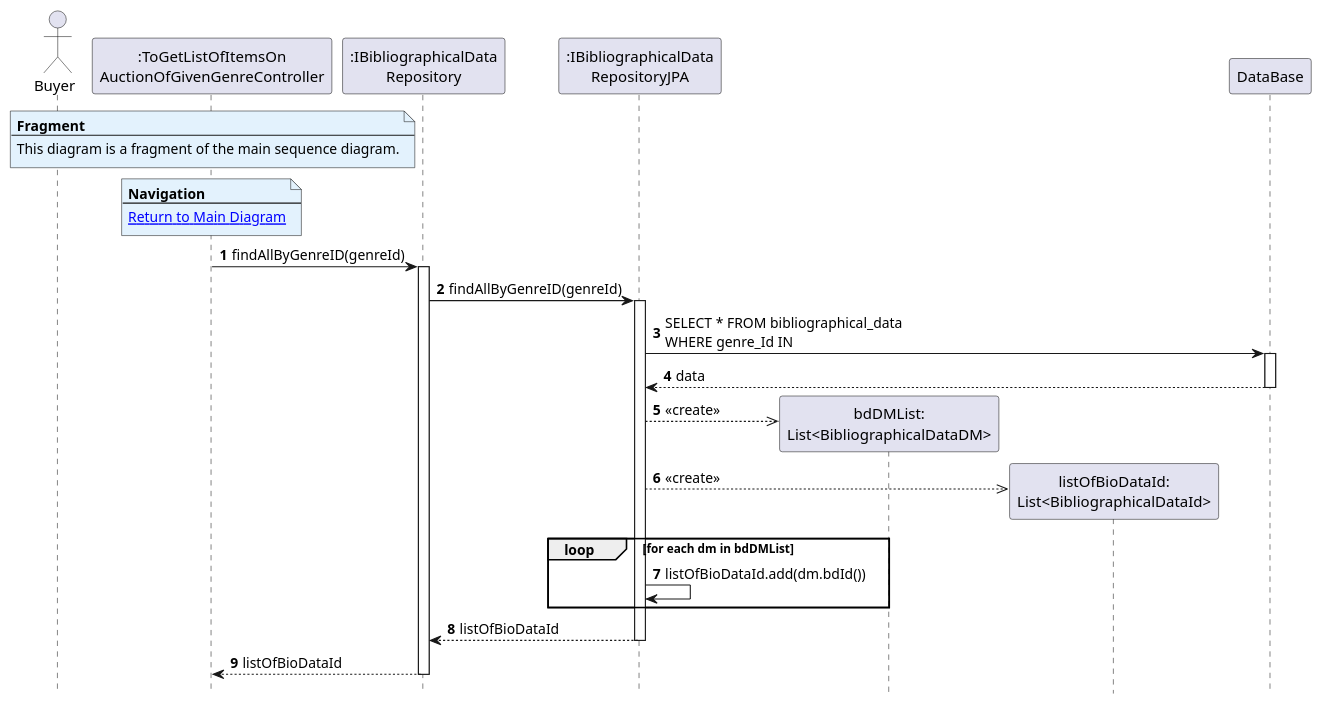
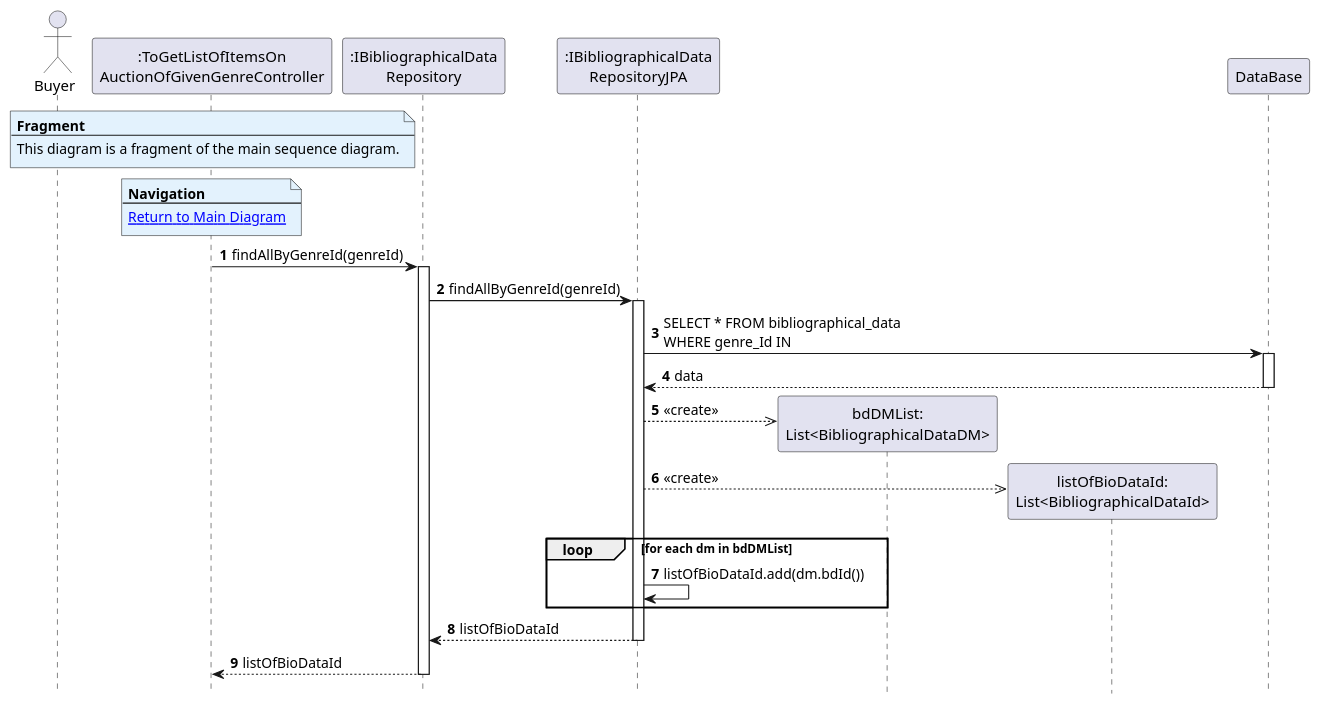
One commit to AndrePereiraGitH/SWitCH-Project-Team_A changed the diagram in Diagrams/SequenceDiagrams/N2/To-get-list-of-items-on-auction-of-a-given-genre/3.findBdByGenreID.puml. Above: the diagram before and after it, drawn with PlantUML. The commit also changed 6 other files, not shown here.

```diff
--- a/Diagrams/SequenceDiagrams/N2/To-get-list-of-items-on-auction-of-a-given-genre/3.findBdByGenreID.puml
+++ b/Diagrams/SequenceDiagrams/N2/To-get-list-of-items-on-auction-of-a-given-genre/3.findBdByGenreID.puml
@@ -1,45 +1,45 @@
 @startuml
 autonumber
 hide footbox
 
 actor Buyer as User
 
 participant ":ToGetListOfItemsOn\nAuctionOfGivenGenreController" as Controller
 participant ":IBibliographicalData\nRepository" as BDRepo
 participant ":IBibliographicalData\nRepositoryJPA" as BDJPA
 participant "bdDMList:\nList<BibliographicalDataDM>"
 participant "listOfBioDataId:\nList<BibliographicalDataId>"
 participant "DataBase" as DB
 
 note over Controller #E3F2FD
 <b>Fragment</b>
 ---
 This diagram is a fragment of the main sequence diagram.
 end note
 
 note over Controller #E3F2FD
 <b>Navigation</b>
 ---
 [[1.MainDiagram.puml Return to Main Diagram]]
 end note
 
 
-Controller -> BDRepo : findAllByGenreID(genreId)
+Controller -> BDRepo : findAllByGenreId(genreId)
 activate BDRepo
-BDRepo -> BDJPA : findAllByGenreID(genreId)
+BDRepo -> BDJPA : findAllByGenreId(genreId)
 activate BDJPA
 BDJPA -> DB : SELECT * FROM bibliographical_data\nWHERE genre_Id IN
 activate DB
 DB --> BDJPA : data
 deactivate DB
 BDJPA -->> "bdDMList:\nList<BibliographicalDataDM>" ** : <<create>>
 BDJPA -->> "listOfBioDataId:\nList<BibliographicalDataId>" ** : <<create>>
 loop for each dm in bdDMList
 BDJPA -> BDJPA : listOfBioDataId.add(dm.bdId())
 end
 BDJPA --> BDRepo : listOfBioDataId
 deactivate BDJPA
 BDRepo --> Controller : listOfBioDataId
 deactivate BDRepo
 
 @enduml
```
